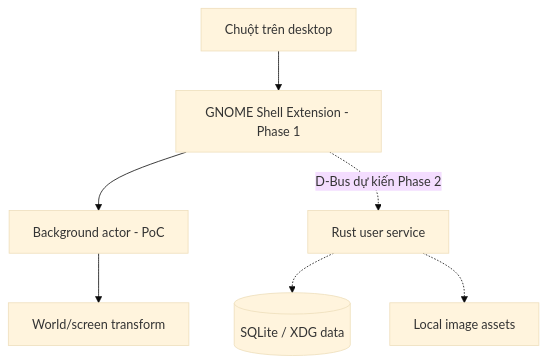
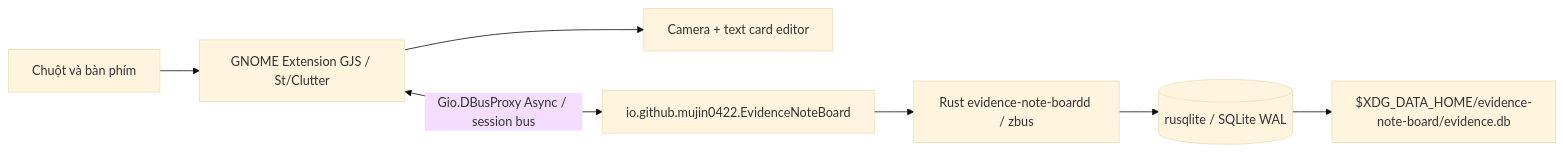
Before and after one commit to mujin0422/evidence-note-board: the first of 2 diagrams in docs/ARCHITECTURE.md, drawn with Mermaid (base theme). The commit also changed other lines of this file and 7 other files, not shown here.

````diff
--- a/docs/ARCHITECTURE.md
+++ b/docs/ARCHITECTURE.md
@@ -27,9 +9,9 @@
 ```mermaid
-flowchart TD
-    Pointer[Chuột trên desktop] --> Extension[GNOME Shell Extension - Phase 1]
-    Extension --> Actor[Background actor - PoC]
-    Actor --> Camera[World/screen transform]
-    Extension -. "D-Bus dự kiến Phase 2" .-> Rust[Rust user service]
-    Rust -.-> SQLite[(SQLite / XDG data)]
-    Rust -.-> Assets[Local image assets]
+flowchart LR
+    User[Chuột và bàn phím] --> Actor[GNOME Extension GJS / St/Clutter]
+    Actor --> Camera[Camera + text card editor]
+    Actor <-->|Gio.DBusProxy Async / session bus| IPC[io.github.mujin0422.EvidenceNoteBoard]
+    IPC --> Daemon[Rust evidence-note-boardd / zbus]
+    Daemon --> DB[(rusqlite / SQLite WAL)]
+    DB --> XDG[$XDG_DATA_HOME/evidence-note-board/evidence.db]
 ```
````
